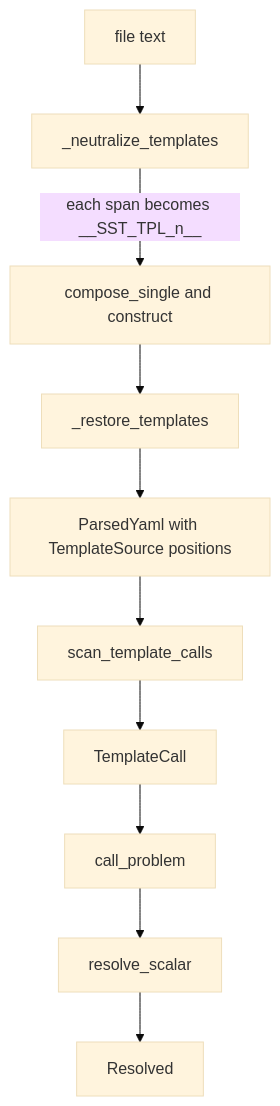
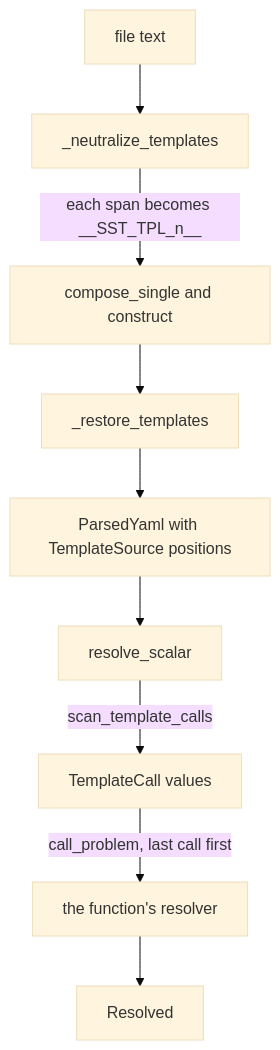
One commit to WhoopInc/snowflake-semantic-tools changed the fifth of 8 diagrams in docs/design/architecture.md. Above: the diagram before and after it, drawn with Mermaid (base theme). The commit also changed other lines of this file and 11 other files, not shown here.

````diff
--- a/docs/design/architecture.md
+++ b/docs/design/architecture.md
@@ -324,12 +331,11 @@
 ```mermaid
 flowchart TD
     A["file text"] --> B["_neutralize_templates"]
     B -->|"each span becomes __SST_TPL_n__"| C["compose_single and construct"]
     C --> D["_restore_templates"]
     D --> E["ParsedYaml with TemplateSource positions"]
-    E --> F["scan_template_calls"]
-    F --> G["TemplateCall"]
-    G --> H["call_problem"]
-    H --> I["resolve_scalar"]
-    I --> J["Resolved"]
+    E --> I["resolve_scalar"]
+    I -->|"scan_template_calls"| G["TemplateCall values"]
+    G -->|"call_problem, last call first"| H["the function's resolver"]
+    H --> J["Resolved"]
 ```
````
